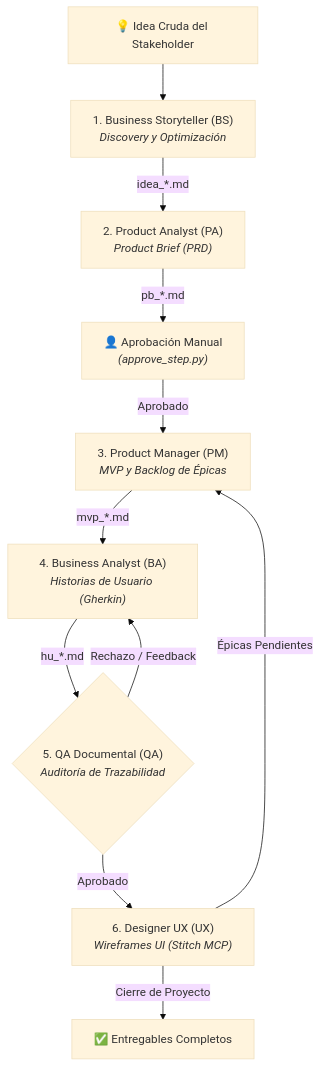
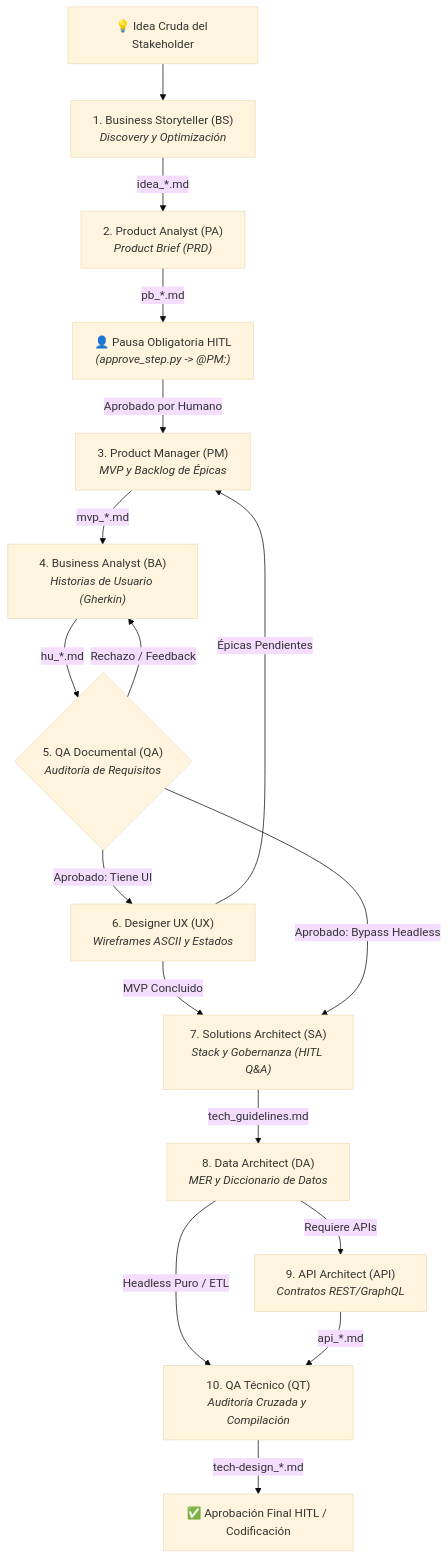
One commit to pauloravicaceres/template-bmad changed the diagram in README.md. Above: the diagram before and after it, drawn with Mermaid (base theme). The commit also changed other lines of this file and 90 other files, not shown here.

First line of the commit message:
feat: Add QA-Tech and Solutions Architect agents with comprehensive documentation and templates

````diff
--- a/README.md
+++ b/README.md
@@ -89,13 +105,19 @@
 ```mermaid
 flowchart TD
     Idea["💡 Idea Cruda del Stakeholder"] --> BS["1. Business Storyteller (BS)<br><i>Discovery y Optimización</i>"]
     BS -->|idea_*.md| PA["2. Product Analyst (PA)<br><i>Product Brief (PRD)</i>"]
-    PA -->|pb_*.md| HITL["👤 Aprobación Manual<br><i>(approve_step.py)</i>"]
-    HITL -->|Aprobado| PM["3. Product Manager (PM)<br><i>MVP y Backlog de Épicas</i>"]
+    PA -->|pb_*.md| HITL["👤 Pausa Obligatoria HITL<br><i>(approve_step.py -> @PM:)</i>"]
+    HITL -->|Aprobado por Humano| PM["3. Product Manager (PM)<br><i>MVP y Backlog de Épicas</i>"]
     PM -->|mvp_*.md| BA["4. Business Analyst (BA)<br><i>Historias de Usuario (Gherkin)</i>"]
-    BA -->|hu_*.md| QA{"5. QA Documental (QA)<br><i>Auditoría de Trazabilidad</i>"}
+    BA -->|hu_*.md| QA{"5. QA Documental (QA)<br><i>Auditoría de Requisitos</i>"}
     QA -->|Rechazo / Feedback| BA
-    QA -->|Aprobado| UX["6. Designer UX (UX)<br><i>Wireframes UI (Stitch MCP)</i>"]
+    QA -->|Aprobado: Tiene UI| UX["6. Designer UX (UX)<br><i>Wireframes ASCII y Estados</i>"]
     UX -->|Épicas Pendientes| PM
-    UX -->|Cierre de Proyecto| Fin["✅ Entregables Completos"]
+    UX -->|MVP Concluido| SA["7. Solutions Architect (SA)<br><i>Stack y Gobernanza (HITL Q&A)</i>"]
+    QA -->|Aprobado: Bypass Headless| SA
+    SA -->|tech_guidelines.md| DA["8. Data Architect (DA)<br><i>MER y Diccionario de Datos</i>"]
+    DA -->|Requiere APIs| API["9. API Architect (API)<br><i>Contratos REST/GraphQL</i>"]
+    DA -->|Headless Puro / ETL| QT["10. QA Técnico (QT)<br><i>Auditoría Cruzada y Compilación</i>"]
+    API -->|api_*.md| QT
+    QT -->|tech-design_*.md| Fin["✅ Aprobación Final HITL / Codificación"]
 ```
````
